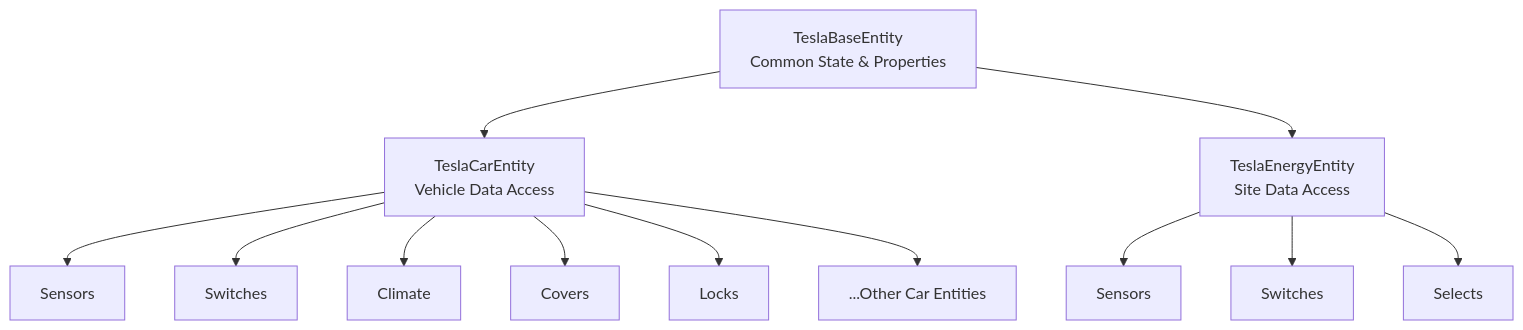
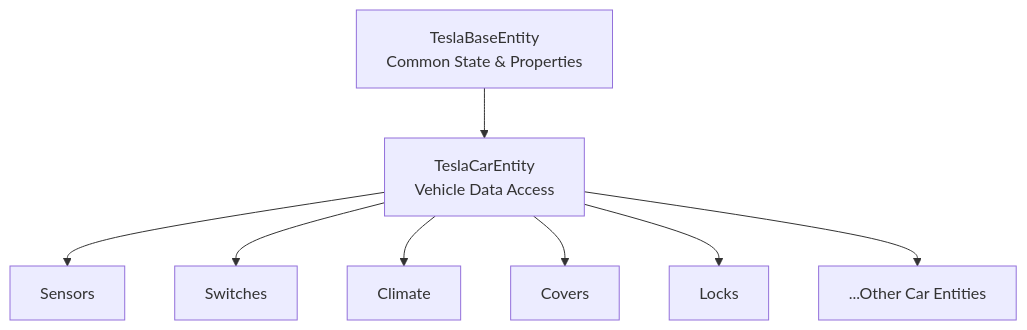
Before and after one commit to grzesiek1711/tesla: the fourth of 8 diagrams in docs/architecture.md, drawn with Mermaid. The commit also changed other lines of this file and 31 other files, not shown here.

````diff
--- a/docs/architecture.md
+++ b/docs/architecture.md
@@ -96,21 +94,15 @@
 ```mermaid
 graph TB
     TBE["TeslaBaseEntity<br/>Common State & Properties"]
 
     TCE["TeslaCarEntity<br/>Vehicle Data Access"]
-    TEE["TeslaEnergyEntity<br/>Site Data Access"]
 
     TBE --> TCE
-    TBE --> TEE
 
     TCE --> S1["Sensors"]
     TCE --> S2["Switches"]
     TCE --> S3["Climate"]
     TCE --> S4["Covers"]
     TCE --> S5["Locks"]
     TCE --> S6["...Other Car Entities"]
-
-    TEE --> E1["Sensors"]
-    TEE --> E2["Switches"]
-    TEE --> E3["Selects"]
 ```
````
